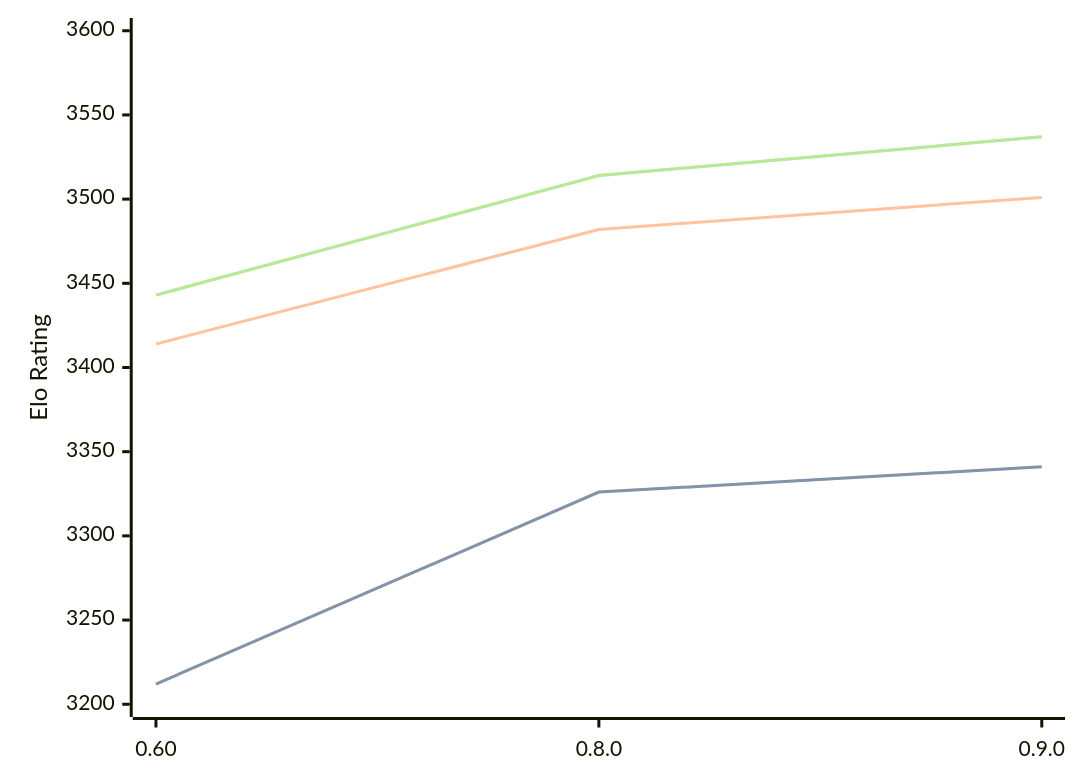
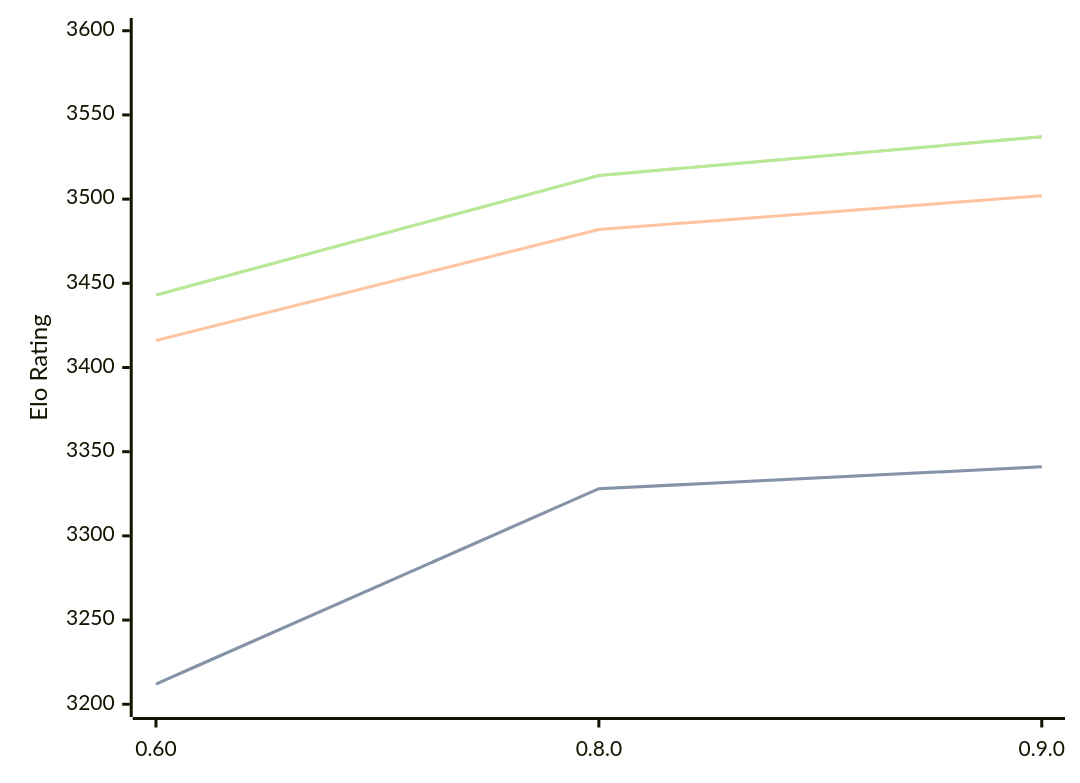
Before and after one commit to computer-chess-index/cci: the diagram in engines/Motor.md, drawn with Mermaid. The commit also changed other lines of this file, not shown here.

````diff
--- a/engines/Motor.md
+++ b/engines/Motor.md
@@ -33,11 +33,11 @@
 ```mermaid
 %%{init: {"theme":"base","themeVariables":{"seriesColors:['#a3a3a3','#222221','#faa371']}}}%%
 xychart-beta
   x-axis ["0.60", "0.8.0", "0.9.0"]
   y-axis "Elo Rating" 3200 --> 3600
-  line "" [3212, 3326, 3341]
-  line "STC (8.0+0.08s)" [3212, 3326, 3341]
-  line "LTC (60.0+0.60s)" [3414, 3482, 3501]
+  line "" [3212, 3328, 3341]
+  line "STC (8.0+0.08s)" [3212, 3328, 3341]
+  line "LTC (60.0+0.60s)" [3416, 3482, 3502]
   line "" [3443, 3514, 3537]
   line "VLTC (2m24s+1.12s)" [3443, 3514, 3537]
 ```
````
